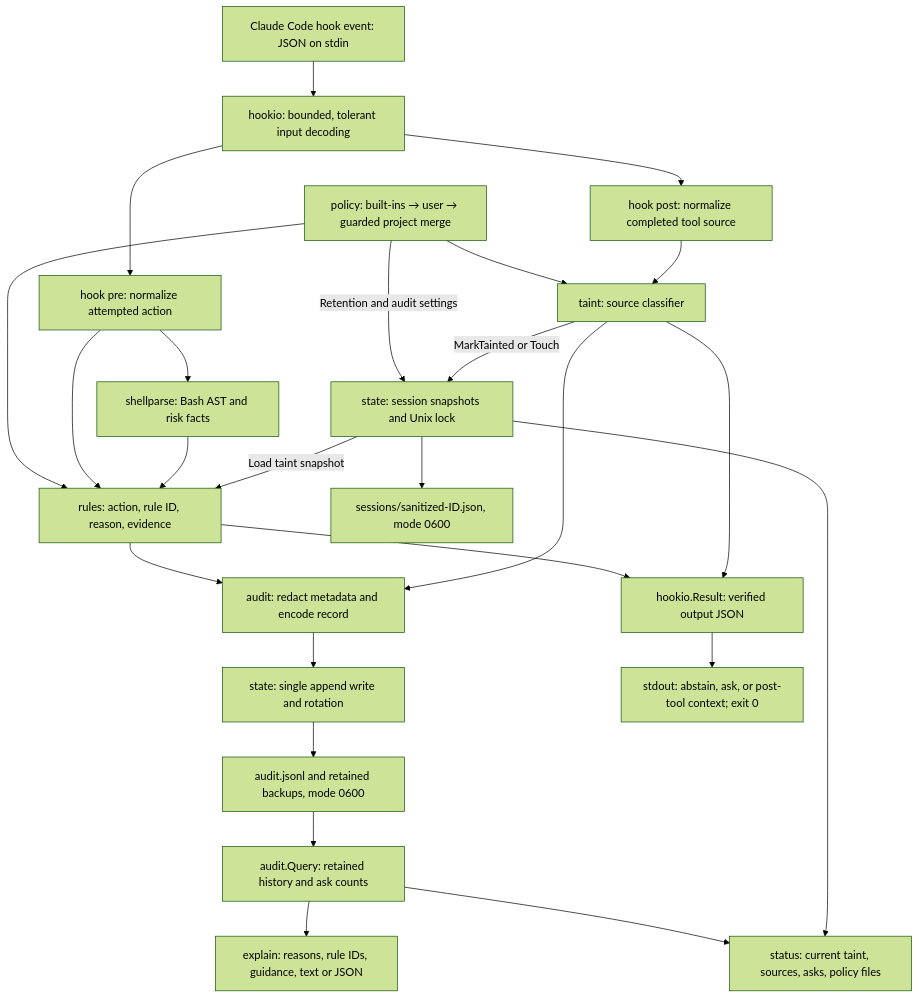
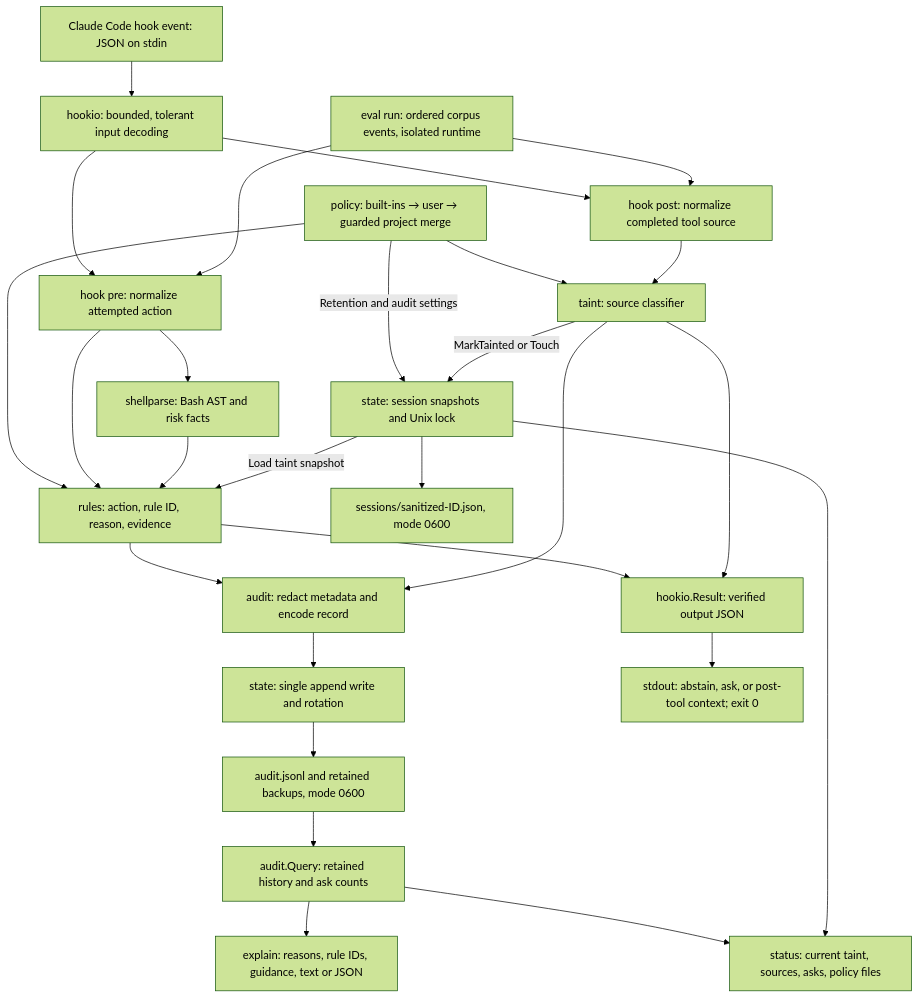
Before and after one commit to ratuhin1122/taintwatch: the diagram in docs/ARCHITECTURE.md, drawn with Mermaid (forest theme). The commit also changed other lines of this file and 22 other files, not shown here.

````diff
--- a/docs/ARCHITECTURE.md
+++ b/docs/ARCHITECTURE.md
@@ -8,27 +8,29 @@
 ```mermaid
 flowchart TD
     Claude["Claude Code hook event: JSON on stdin"] --> Input["hookio: bounded, tolerant input decoding"]
     Input --> Pre["hook pre: normalize attempted action"]
     Input --> Post["hook post: normalize completed tool source"]
+    Eval["eval run: ordered corpus events, isolated runtime"] --> Pre
+    Eval --> Post
     Policy["policy: built-ins → user → guarded project merge"] --> Rules
     Policy --> Taint
     Policy -->|"Retention and audit settings"| State
     Pre --> Shell["shellparse: Bash AST and risk facts"]
     Pre --> Rules["rules: action, rule ID, reason, evidence"]
     Shell --> Rules
     State["state: session snapshots and Unix lock"] -->|"Load taint snapshot"| Rules
     Post --> Taint["taint: source classifier"]
     Taint -->|"MarkTainted or Touch"| State
     Rules --> Audit["audit: redact metadata and encode record"]
     Taint --> Audit
     Audit --> Store["state: single append write and rotation"]
     Store --> Log["audit.jsonl and retained backups, mode 0600"]
     Rules --> Result["hookio.Result: verified output JSON"]
     Taint --> Result
     Result --> Output["stdout: abstain, ask, or post-tool context; exit 0"]
     State --> Sessions["sessions/sanitized-ID.json, mode 0600"]
     Log --> Query["audit.Query: retained history and ask counts"]
     Query --> Explain["explain: reasons, rule IDs, guidance, text or JSON"]
     Query --> Status["status: current taint, sources, asks, policy files"]
     State --> Status
 ```
````
